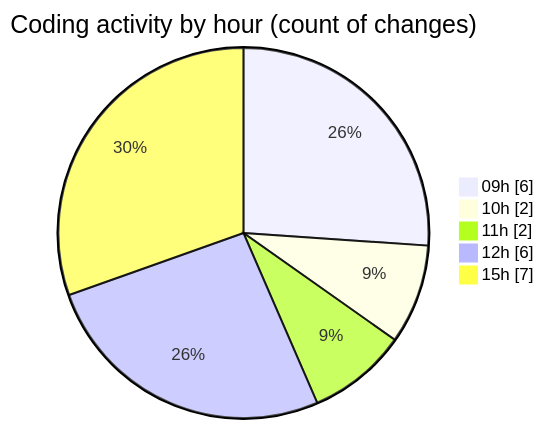
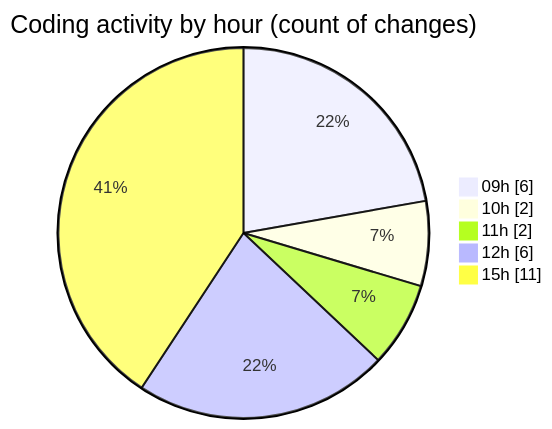
The second of 2 diagrams in 2026-07-07/cilreports__workspace_/README.md (ricardozamudiocil/code-tracking), drawn with Mermaid before and after one commit. The commit also changed other lines of this file and 1 other file, not shown here.

````diff
--- a/2026-07-07/cilreports__workspace_/README.md
+++ b/2026-07-07/cilreports__workspace_/README.md
@@ -40,9 +40,9 @@
 ```mermaid
 pie showData
 title Coding activity by hour (count of changes)
 "09h" : 6
 "10h" : 2
 "11h" : 2
 "12h" : 6
-"15h" : 7
+"15h" : 11
 ```
````
